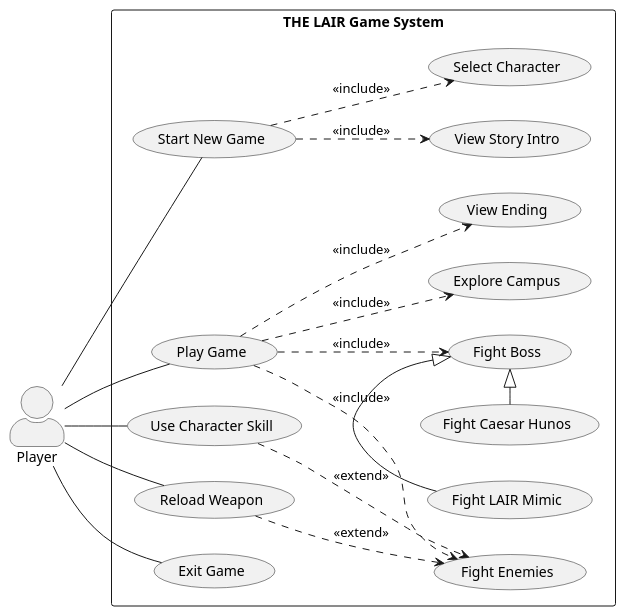
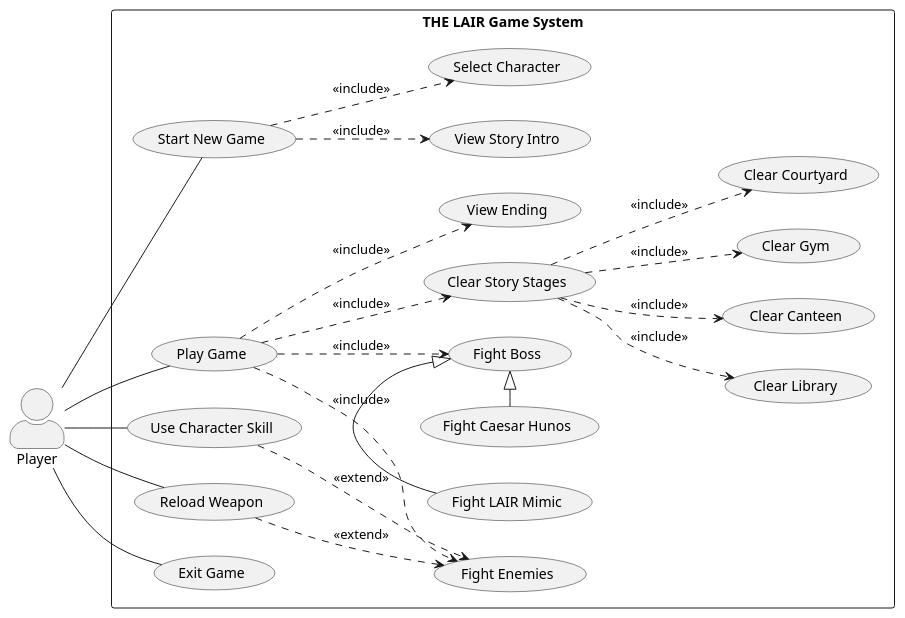
One commit to x1ren/Lair---FinalOOP-project changed the diagram in docs/use-case-diagram.puml. Above: the diagram before and after it, drawn with PlantUML. The commit also changed 2 other files, not shown here.

Commit message:
chore(docs): Updated use case diagram for the use case diagram

```diff
--- a/docs/use-case-diagram.puml
+++ b/docs/use-case-diagram.puml
@@ -1,44 +1,53 @@
 @startuml
 left to right direction
 skinparam packageStyle rectangle
 skinparam actorStyle awesome
 
 actor Player
 
 rectangle "THE LAIR Game System" {
   usecase "Start New Game" as UC_Start
   usecase "View Story Intro" as UC_Intro
   usecase "Select Character" as UC_SelectCharacter
   usecase "Play Game" as UC_Play
-  usecase "Explore Campus" as UC_Explore
+  usecase "Clear Story Stages" as UC_Stages
+  usecase "Clear Library" as UC_Library
+  usecase "Clear Canteen" as UC_Canteen
+  usecase "Clear Gym" as UC_Gym
+  usecase "Clear Courtyard" as UC_Courtyard
   usecase "Fight Enemies" as UC_FightEnemies
   usecase "Fight Boss" as UC_FightBoss
   usecase "Fight Caesar Hunos" as UC_Caesar
   usecase "Fight LAIR Mimic" as UC_Khai
   usecase "Use Character Skill" as UC_Skill
   usecase "Reload Weapon" as UC_Reload
   usecase "View Ending" as UC_Ending
   usecase "Exit Game" as UC_Exit
 }
 
 Player -- UC_Start
 Player -- UC_Play
 Player -- UC_Skill
 Player -- UC_Reload
 Player -- UC_Exit
 
 UC_Start ..> UC_Intro : <<include>>
 UC_Start ..> UC_SelectCharacter : <<include>>
 
-UC_Play ..> UC_Explore : <<include>>
+UC_Play ..> UC_Stages : <<include>>
 UC_Play ..> UC_FightEnemies : <<include>>
 UC_Play ..> UC_FightBoss : <<include>>
 UC_Play ..> UC_Ending : <<include>>
+
+UC_Stages ..> UC_Library : <<include>>
+UC_Stages ..> UC_Canteen : <<include>>
+UC_Stages ..> UC_Gym : <<include>>
+UC_Stages ..> UC_Courtyard : <<include>>
 
 UC_Skill ..> UC_FightEnemies : <<extend>>
 UC_Reload ..> UC_FightEnemies : <<extend>>
 
 UC_Caesar -|> UC_FightBoss
 UC_Khai -|> UC_FightBoss
 
 @enduml
```
